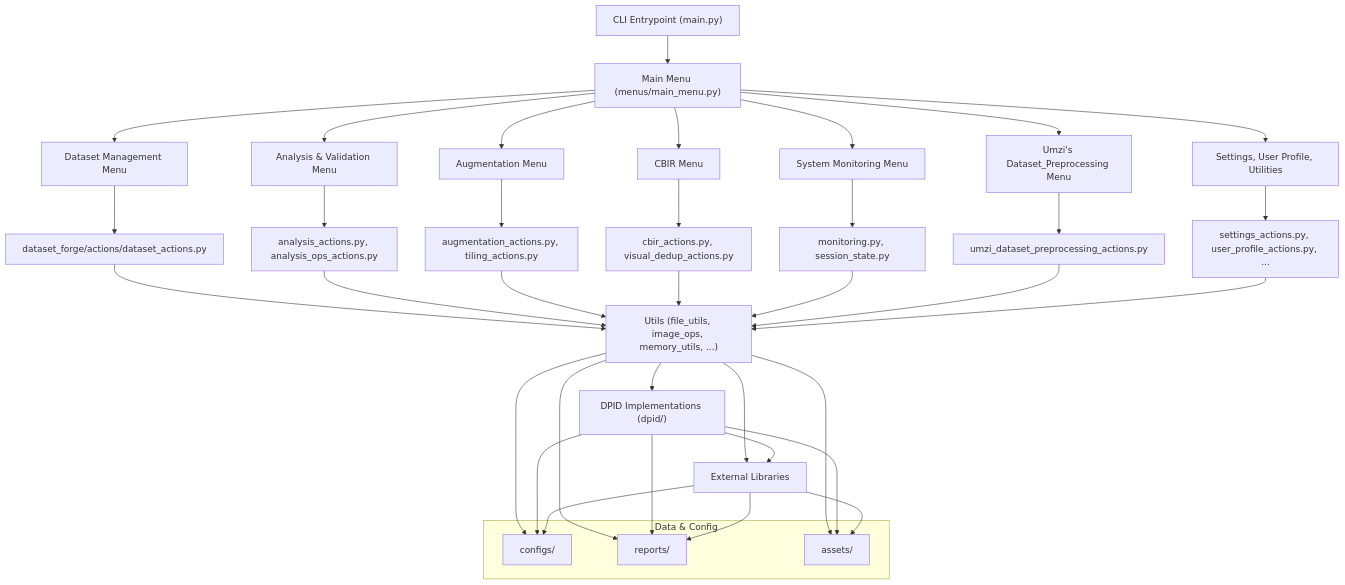
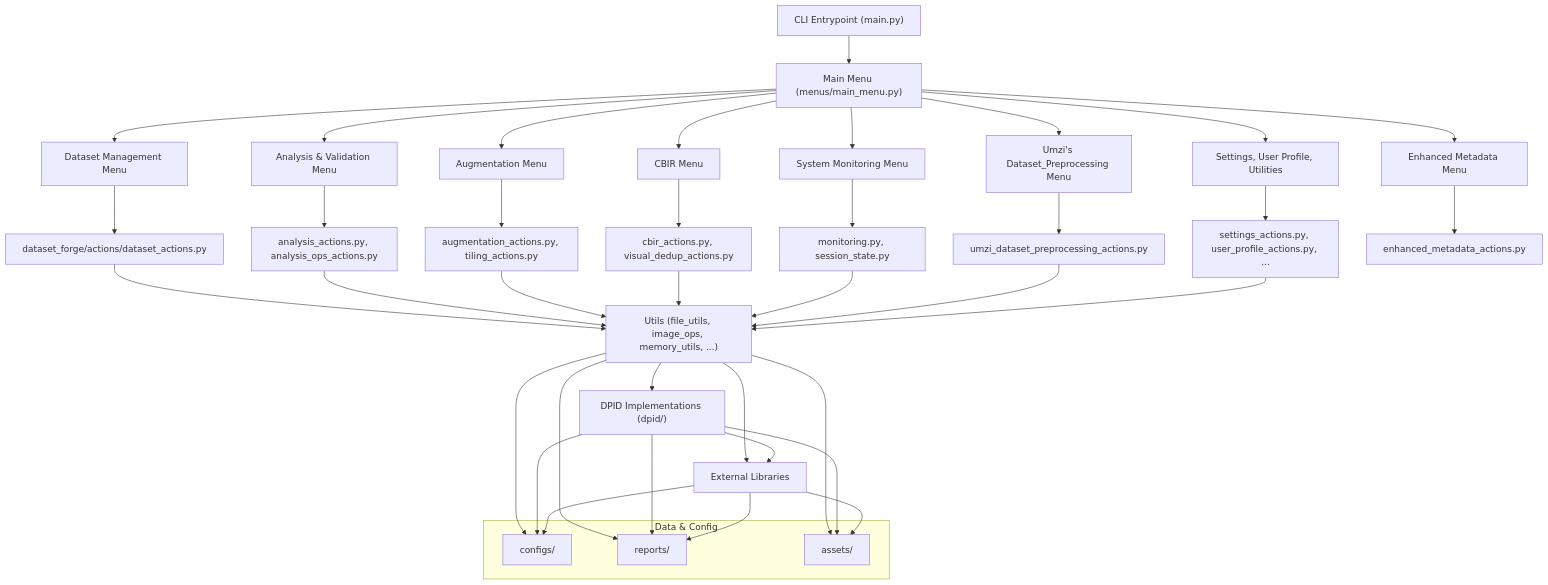
Before and after one commit to Courage-1984/Dataset-Forge: the diagram in docs/README_full.md, drawn with Mermaid. The commit also changed other lines of this file and 15 other files, not shown here.

Commit message:
added enhanced metadata management

````diff
--- a/docs/README_full.md
+++ b/docs/README_full.md
@@ -809,42 +878,44 @@
 ```mermaid
 flowchart TD
     A["CLI Entrypoint (main.py)"] --> B["Main Menu (menus/main_menu.py)"]
     B --> B1["Dataset Management Menu"]
     B --> B2["Analysis & Validation Menu"]
     B --> B3["Augmentation Menu"]
     B --> B4["CBIR Menu"]
     B --> B5["System Monitoring Menu"]
     B --> B6["Umzi's Dataset_Preprocessing Menu"]
     B --> B7["Settings, User Profile, Utilities"]
+    B --> B8["Enhanced Metadata Menu"]
     B1 --> C1["dataset_forge/actions/dataset_actions.py"]
     B2 --> C2["analysis_actions.py, analysis_ops_actions.py"]
     B3 --> C3["augmentation_actions.py, tiling_actions.py"]
     B4 --> C4["cbir_actions.py, visual_dedup_actions.py"]
     B5 --> C5["monitoring.py, session_state.py"]
     B6 --> C6["umzi_dataset_preprocessing_actions.py"]
     B7 --> C7["settings_actions.py, user_profile_actions.py, ..."]
+    B8 --> C8["enhanced_metadata_actions.py"]
     C1 --> D["Utils (file_utils, image_ops, memory_utils, ...)"]
     C2 --> D
     C3 --> D
     C4 --> D
     C5 --> D
     C6 --> D
     C7 --> D
     D --> E["DPID Implementations (dpid/)"]
     D --> F["External Libraries"]
     E --> F
     subgraph "Data & Config"
       G1["configs/"]
       G2["reports/"]
       G3["assets/"]
     end
     D --> G1
     D --> G2
     D --> G3
     E --> G1
     E --> G2
     E --> G3
     F --> G1
     F --> G2
     F --> G3
 ```
````
